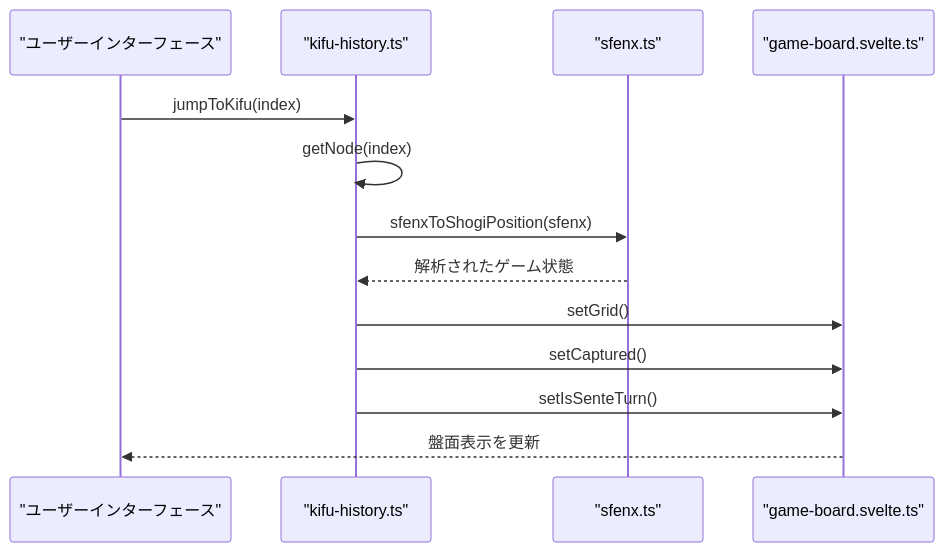
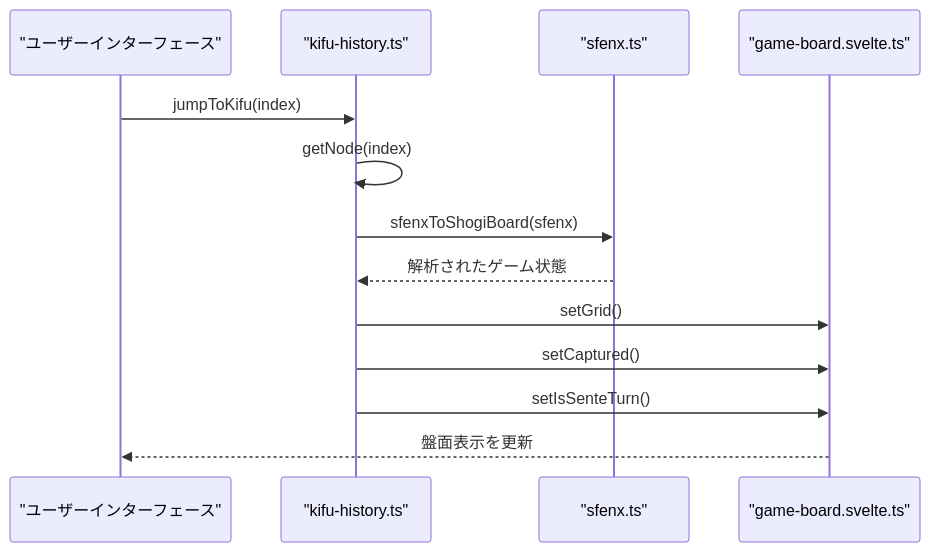
Before and after one commit to hashiryo/SvelteShogi: the fourth of 5 diagrams in .qoder/repowiki/ja/content/Domain Logic/SFENX Notation Handling.md, drawn with Mermaid. The commit also changed other lines of this file and 17 other files, not shown here.

````diff
--- a/.qoder/repowiki/ja/content/Domain Logic/SFENX Notation Handling.md
+++ b/.qoder/repowiki/ja/content/Domain Logic/SFENX Notation Handling.md
@@ -125,15 +142,15 @@
 ```mermaid
 sequenceDiagram
 participant UI as "ユーザーインターフェース"
 participant KifuHistory as "kifu-history.ts"
 participant Sfenx as "sfenx.ts"
 participant GameStore as "game-board.svelte.ts"
 UI->>KifuHistory : jumpToKifu(index)
 KifuHistory->>KifuHistory : getNode(index)
-KifuHistory->>Sfenx : sfenxToShogiPosition(sfenx)
+KifuHistory->>Sfenx : sfenxToShogiBoard(sfenx)
 Sfenx-->>KifuHistory : 解析されたゲーム状態
 KifuHistory->>GameStore : setGrid()
 KifuHistory->>GameStore : setCaptured()
 KifuHistory->>GameStore : setIsSenteTurn()
 GameStore-->>UI : 盤面表示を更新
 ```
````
